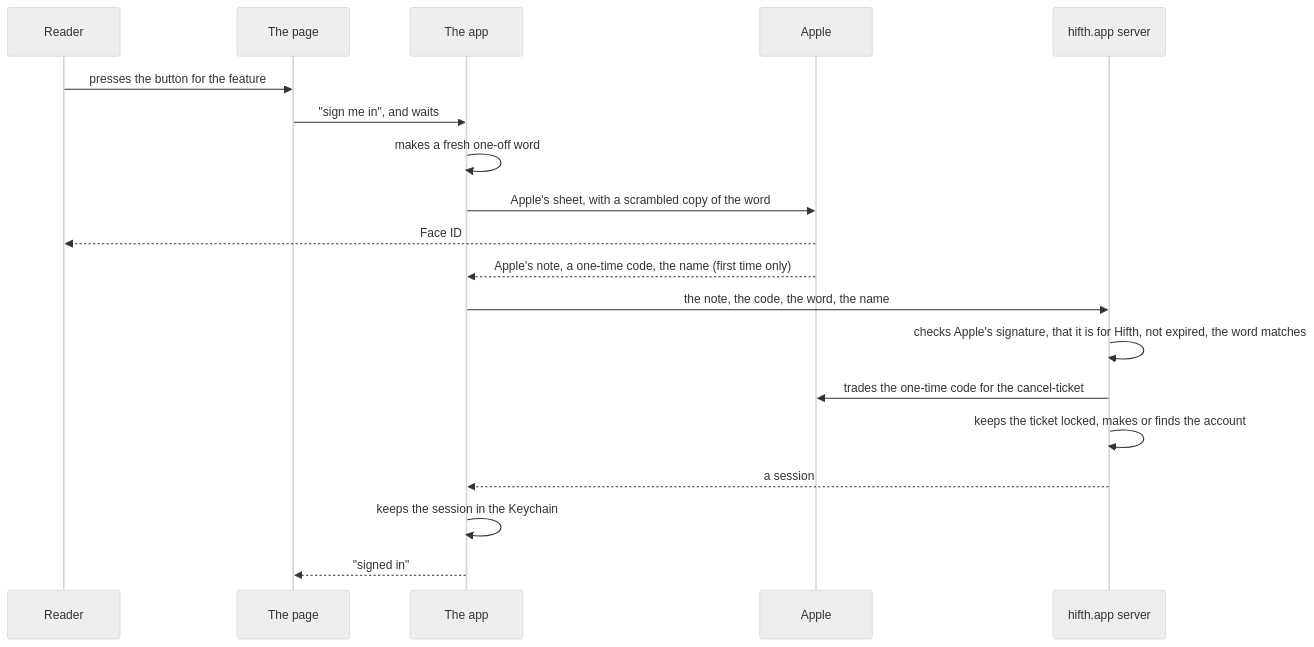
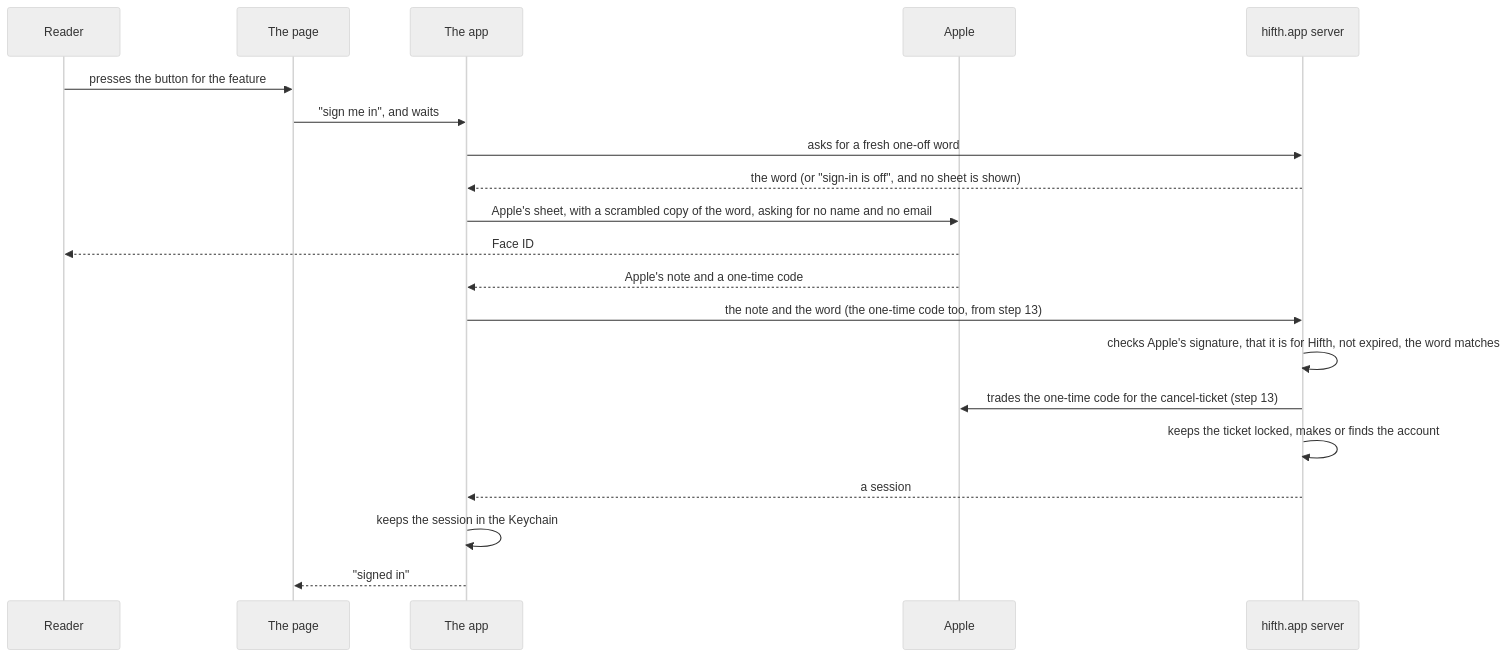
Before and after one commit to omars-lab/hifth: the first of 3 diagrams in docs/design/sign-in.md, drawn with Mermaid (neutral theme). The commit also changed other lines of this file and 8 other files, not shown here.

````diff
--- a/docs/design/sign-in.md
+++ b/docs/design/sign-in.md
@@ -117,21 +117,22 @@
 ```mermaid
 sequenceDiagram
   participant R as Reader
   participant P as The page
   participant A as The app
   participant S as Apple
   participant W as hifth.app server
   R->>P: presses the button for the feature
   P->>A: "sign me in", and waits
-  A->>A: makes a fresh one-off word
-  A->>S: Apple's sheet, with a scrambled copy of the word
+  A->>W: asks for a fresh one-off word
+  W-->>A: the word (or "sign-in is off", and no sheet is shown)
+  A->>S: Apple's sheet, with a scrambled copy of the word, asking for no name and no email
   S-->>R: Face ID
-  S-->>A: Apple's note, a one-time code, the name (first time only)
-  A->>W: the note, the code, the word, the name
+  S-->>A: Apple's note and a one-time code
+  A->>W: the note and the word (the one-time code too, from step 13)
   W->>W: checks Apple's signature, that it is for Hifth, not expired, the word matches
-  W->>S: trades the one-time code for the cancel-ticket
+  W->>S: trades the one-time code for the cancel-ticket (step 13)
   W->>W: keeps the ticket locked, makes or finds the account
   W-->>A: a session
   A->>A: keeps the session in the Keychain
   A-->>P: "signed in"
 ```
````
